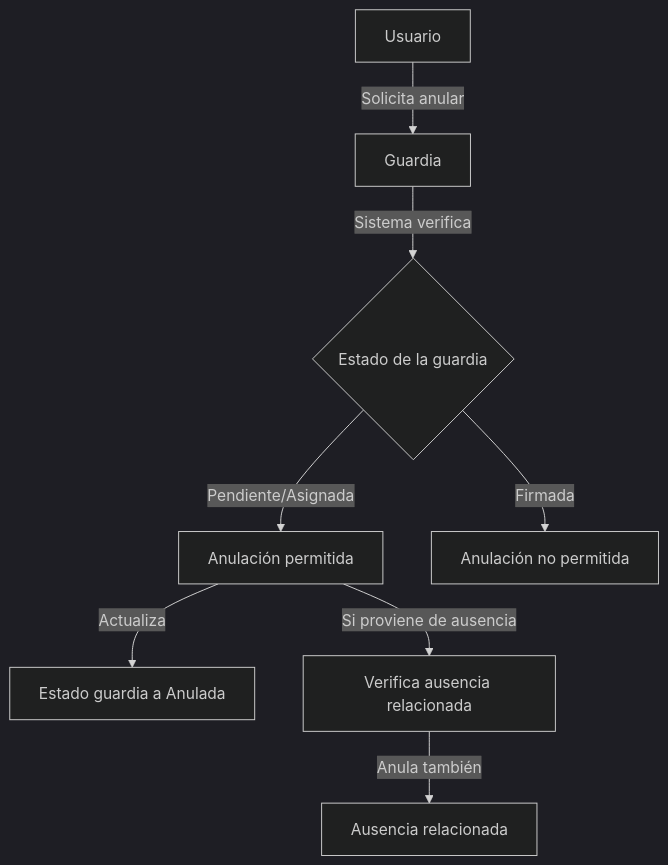
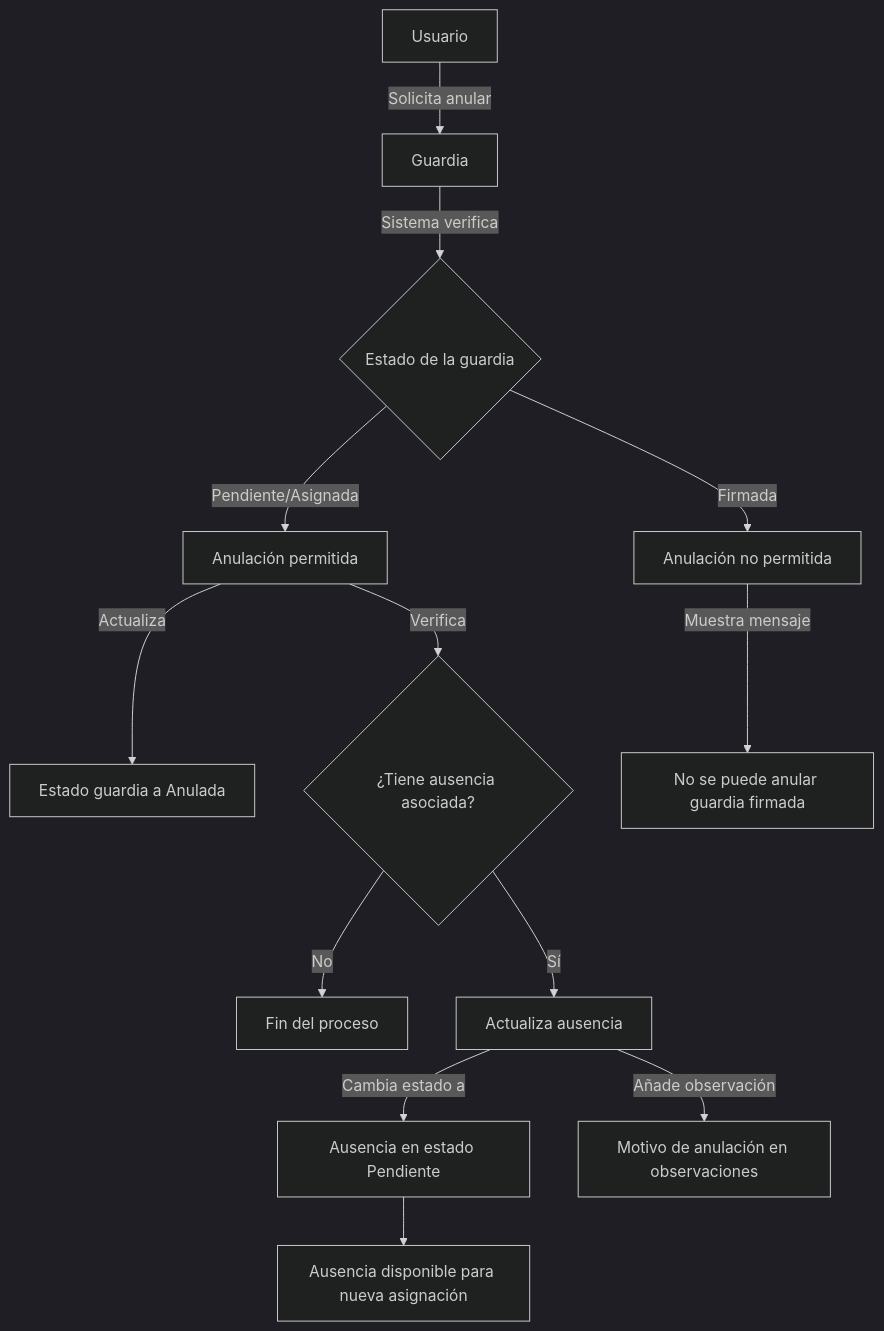
Before and after one commit to RGiskard7/gestion-guardias: diagram 12 of 22 in doc/DIAGRAMAS-FLUJO.md, drawn with Mermaid (dark theme). The commit also changed other lines of this file and 4 other files, not shown here.

````diff
--- a/doc/DIAGRAMAS-FLUJO.md
+++ b/doc/DIAGRAMAS-FLUJO.md
@@ -194,10 +203,15 @@
 ```mermaid
 flowchart TD
     A[Usuario] -->|Solicita anular| B[Guardia]
     B -->|Sistema verifica| C{Estado de la guardia}
     C -->|Pendiente/Asignada| D[Anulación permitida]
     C -->|Firmada| E[Anulación no permitida]
     D -->|Actualiza| F[Estado guardia a Anulada]
-    D -->|Si proviene de ausencia| G[Verifica ausencia relacionada]
-    G -->|Anula también| H[Ausencia relacionada]
-``` 
+    D -->|Verifica| G{¿Tiene ausencia asociada?}
+    G -->|No| H[Fin del proceso]
+    G -->|Sí| I[Actualiza ausencia]
+    I -->|Cambia estado a| J[Ausencia en estado Pendiente]
+    I -->|Añade observación| K[Motivo de anulación en observaciones]
+    J --> L[Ausencia disponible para nueva asignación]
+    E -->|Muestra mensaje| M[No se puede anular guardia firmada]
+```
````
